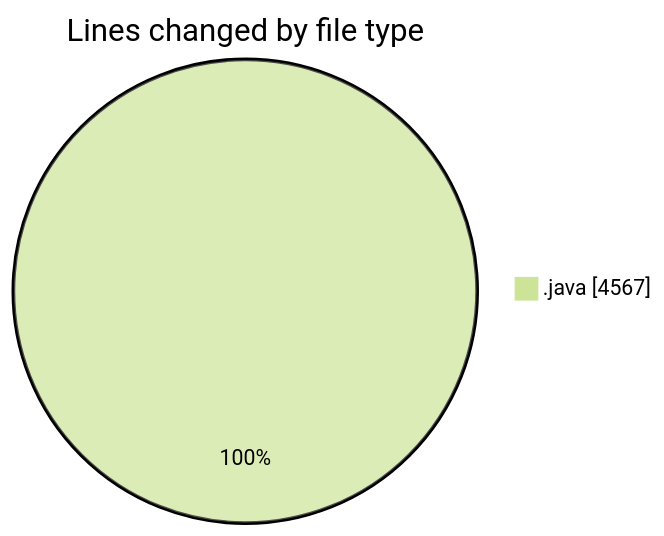
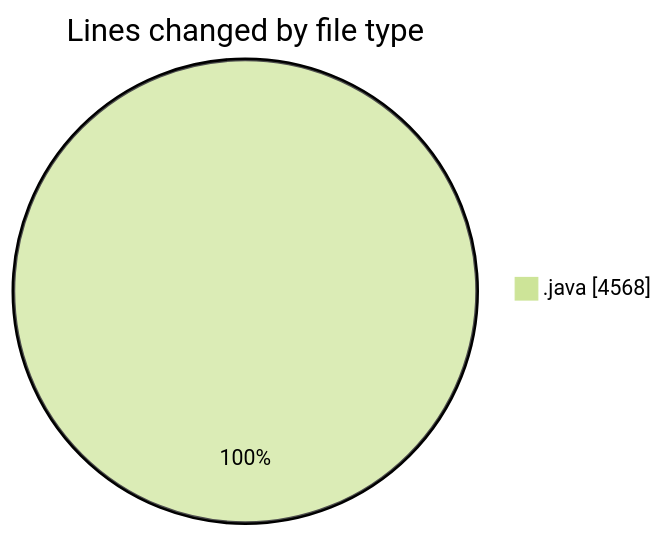
One commit to ricardozamudiocil/code-tracking changed the first of 2 diagrams in 2026-03-27/cilapp/README.md. Above: the diagram before and after it, drawn with Mermaid (forest theme). The commit also changed other lines of this file and 1 other file, not shown here.

````diff
--- a/2026-03-27/cilapp/README.md
+++ b/2026-03-27/cilapp/README.md
@@ -21,5 +21,5 @@
 ```mermaid
 pie showData
 title Lines changed by file type
-".java" : 4567
+".java" : 4568
 ```
````
